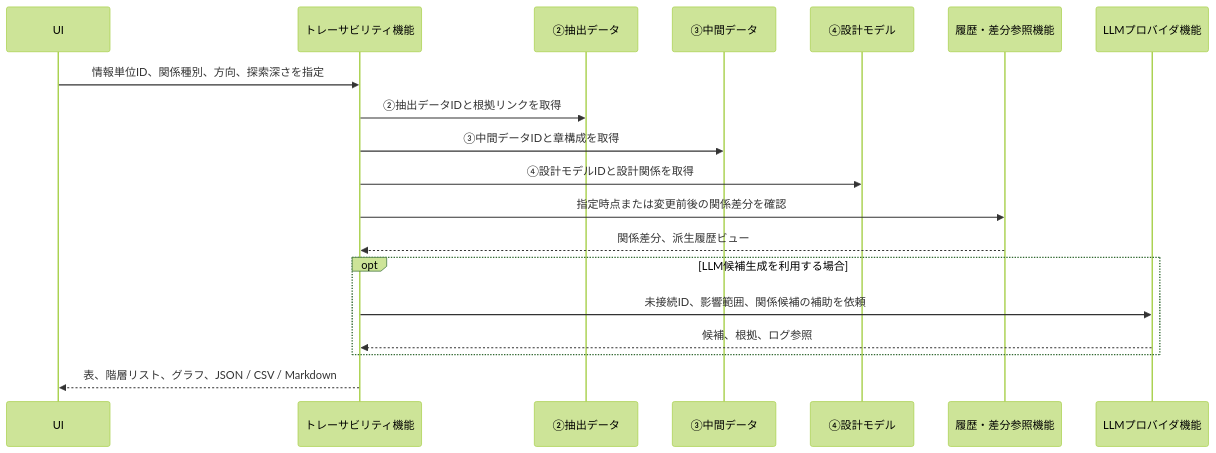
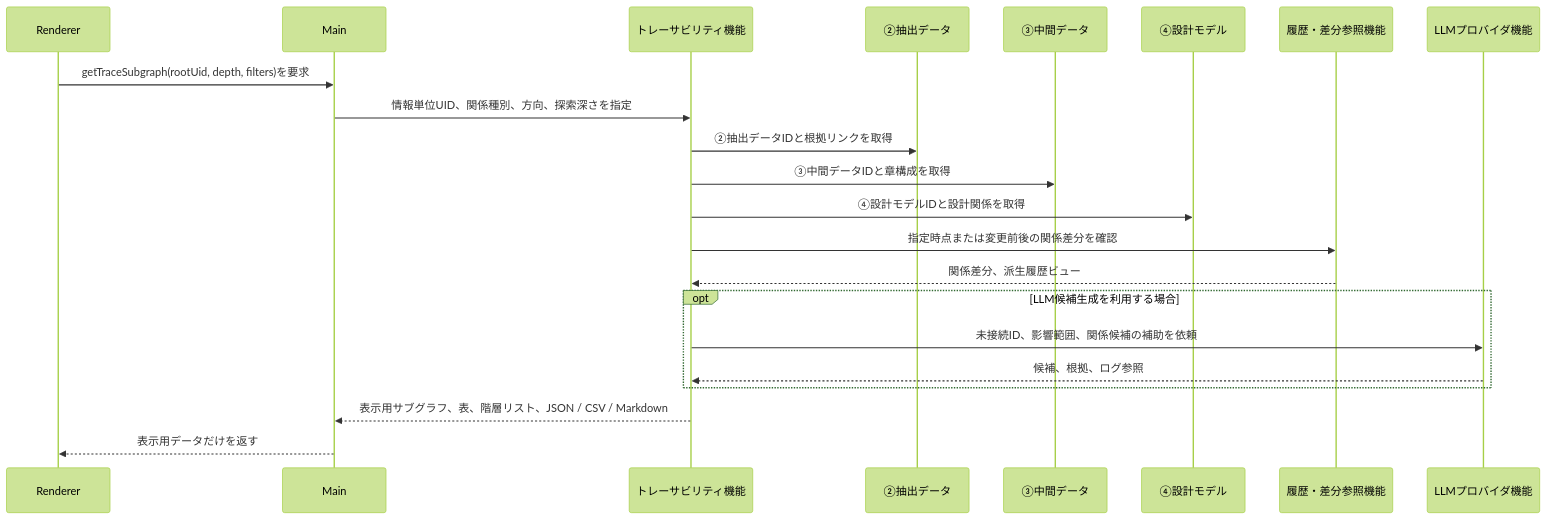
One commit to kfuruichi0920/d2d changed the seventh of 9 diagrams in docs/sdd_function_architecture.md. Above: the diagram before and after it, drawn with Mermaid (forest theme). The commit also changed other lines of this file, not shown here.

````diff
--- a/docs/sdd_function_architecture.md
+++ b/docs/sdd_function_architecture.md
@@ -356,22 +399,25 @@
 ```mermaid
 sequenceDiagram
-    participant UI as UI
+    participant UI as Renderer
+    participant Main as Main
     participant Trace as トレーサビリティ機能
     participant Extracted as ②抽出データ
     participant IntermediateData as ③中間データ
     participant DesignModel as ④設計モデル
     participant History as 履歴・差分参照機能
     participant LLM as LLMプロバイダ機能
 
-    UI->>Trace: 情報単位ID、関係種別、方向、探索深さを指定
+    UI->>Main: getTraceSubgraph(rootUid, depth, filters)を要求
+    Main->>Trace: 情報単位UID、関係種別、方向、探索深さを指定
     Trace->>Extracted: ②抽出データIDと根拠リンクを取得
     Trace->>IntermediateData: ③中間データIDと章構成を取得
     Trace->>DesignModel: ④設計モデルIDと設計関係を取得
     Trace->>History: 指定時点または変更前後の関係差分を確認
     History-->>Trace: 関係差分、派生履歴ビュー
     opt LLM候補生成を利用する場合
         Trace->>LLM: 未接続ID、影響範囲、関係候補の補助を依頼
         LLM-->>Trace: 候補、根拠、ログ参照
     end
-    Trace-->>UI: 表、階層リスト、グラフ、JSON / CSV / Markdown
+    Trace-->>Main: 表示用サブグラフ、表、階層リスト、JSON / CSV / Markdown
+    Main-->>UI: 表示用データだけを返す
 ```
````
